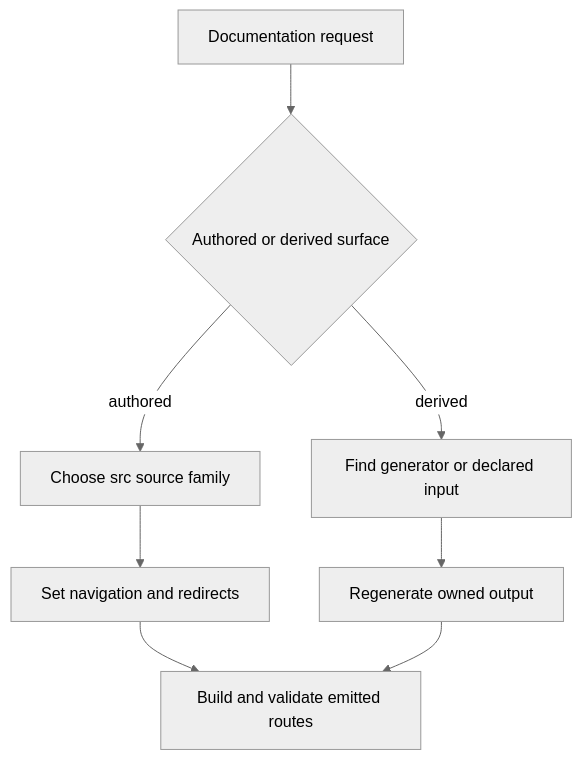
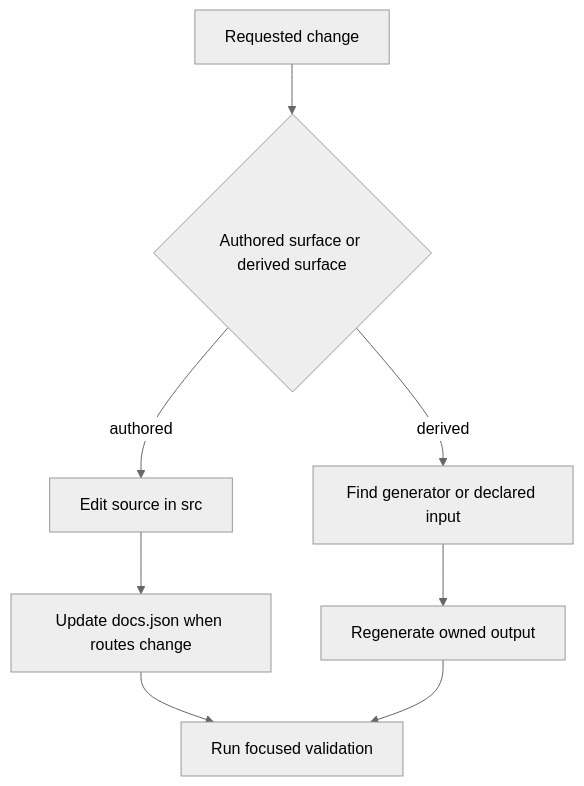
Before and after one commit to langchain-ai/docs: the diagram in openwiki/quickstart.md, drawn with Mermaid (neutral theme). The commit also changed other lines of this file and 39 other files, not shown here.

````diff
--- a/openwiki/quickstart.md
+++ b/openwiki/quickstart.md
@@ -67,10 +61,10 @@
 ```mermaid
 flowchart TD
-  Request["Documentation request"] --> Owner{"Authored or derived surface"}
-  Owner -->|"authored"| Family["Choose src source family"]
-  Owner -->|"derived"| Input["Find generator or declared input"]
-  Family --> Routes["Set navigation and redirects"]
-  Routes --> Build["Build and validate emitted routes"]
-  Input --> Regenerate["Regenerate owned output"]
-  Regenerate --> Build
+  Request["Requested change"] --> Kind{"Authored surface or derived surface"}
+  Kind -->|"authored"| Source["Edit source in src"]
+  Kind -->|"derived"| Owner["Find generator or declared input"]
+  Source --> Config["Update docs.json when routes change"]
+  Owner --> Regenerate["Regenerate owned output"]
+  Config --> Validate["Run focused validation"]
+  Regenerate --> Validate
 ```
````
